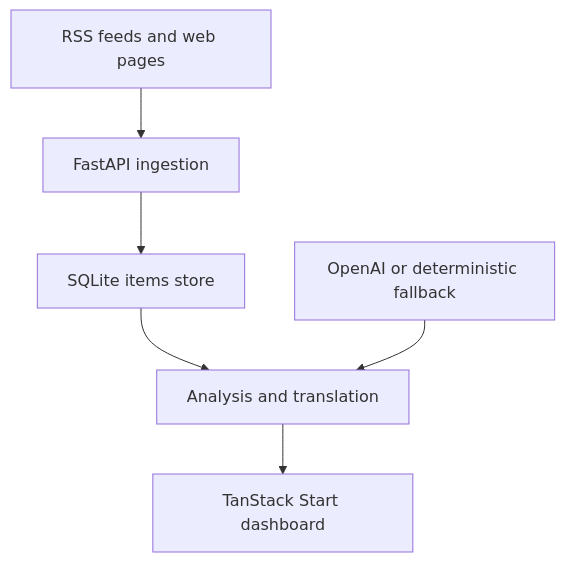
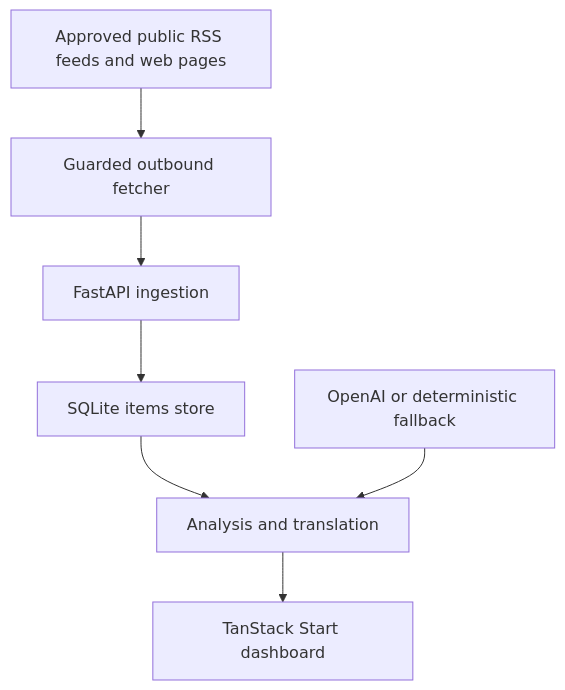
Before and after one commit to AhmadOthmann/ngo-intelligence-dashboard: the diagram in README.md, drawn with Mermaid. The commit also changed other lines of this file and 55 other files, not shown here.

````diff
--- a/README.md
+++ b/README.md
@@ -55,8 +57,9 @@
 ```mermaid
 flowchart TD
-    A["RSS feeds and web pages"] --> B["FastAPI ingestion"]
+    A["Approved public RSS feeds and web pages"] --> H["Guarded outbound fetcher"]
+    H --> B["FastAPI ingestion"]
     B --> C["SQLite items store"]
     C --> D["Analysis and translation"]
     D --> E["TanStack Start dashboard"]
     F["OpenAI or deterministic fallback"] --> D
 ```
````
